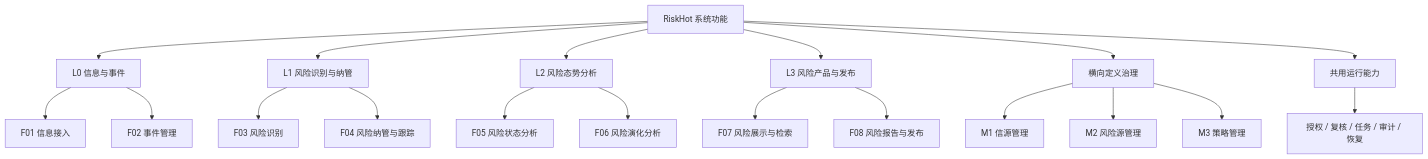
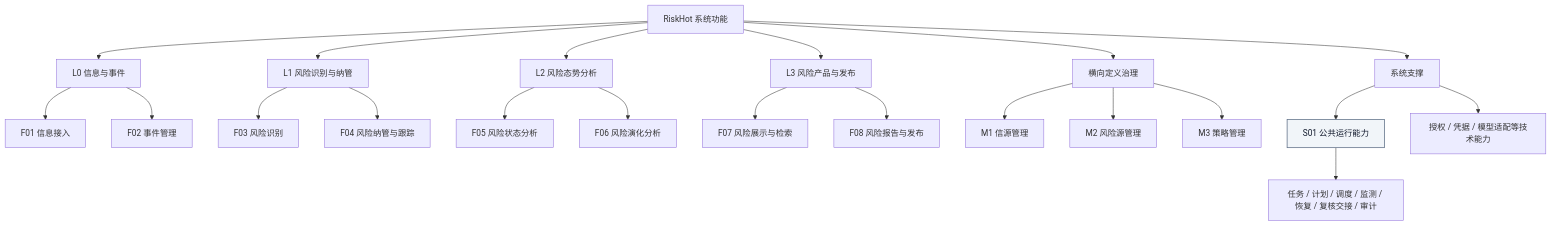
The fourth of 18 diagrams in tools/RiskHot/docs/system-design/03-系统功能架构/系统功能架构总览.md (caojingwen1996/obsidian_kb), drawn with Mermaid before and after one commit. The commit also changed other lines of this file and 168 other files, not shown here.

````diff
--- a/tools/RiskHot/docs/system-design/03-系统功能架构/系统功能架构总览.md
+++ b/tools/RiskHot/docs/system-design/03-系统功能架构/系统功能架构总览.md
@@ -245,21 +270,25 @@
 ```mermaid
 flowchart TB
   R[RiskHot 系统功能] --> L0[L0 信息与事件]
   R --> L1[L1 风险识别与纳管]
   R --> L2[L2 风险态势分析]
   R --> L3[L3 风险产品与发布]
   R --> S[横向定义治理]
-  R --> C[共用运行能力]
+  R --> C[系统支撑]
   L0 --> F01[F01 信息接入]
   L0 --> F02[F02 事件管理]
   L1 --> F03[F03 风险识别]
   L1 --> F04[F04 风险纳管与跟踪]
   L2 --> F05[F05 风险状态分析]
   L2 --> F06[F06 风险演化分析]
   L3 --> F07[F07 风险展示与检索]
   L3 --> F08[F08 风险报告与发布]
   S --> M1[M1 信源管理]
   S --> M2[M2 风险源管理]
   S --> M3[M3 策略管理]
-  C --> C1[授权 / 复核 / 任务 / 审计 / 恢复]
+  C --> S01[S01 公共运行能力]
+  S01 --> C1[任务 / 计划 / 调度 / 监测 / 恢复 / 复核交接 / 审计]
+  C --> C2[授权 / 凭据 / 模型适配等技术能力]
+    classDef system fill:#f1f5f9,stroke:#64748b,color:#0f172a,stroke-width:1.5px
+    class S01 system
 ```
````
